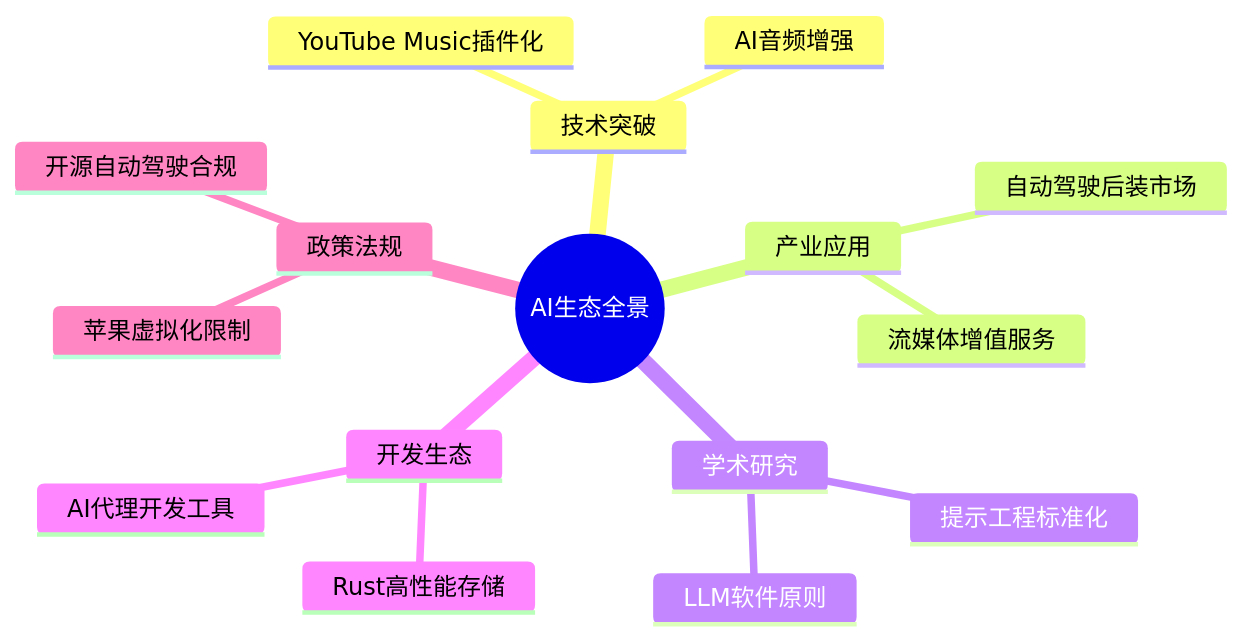
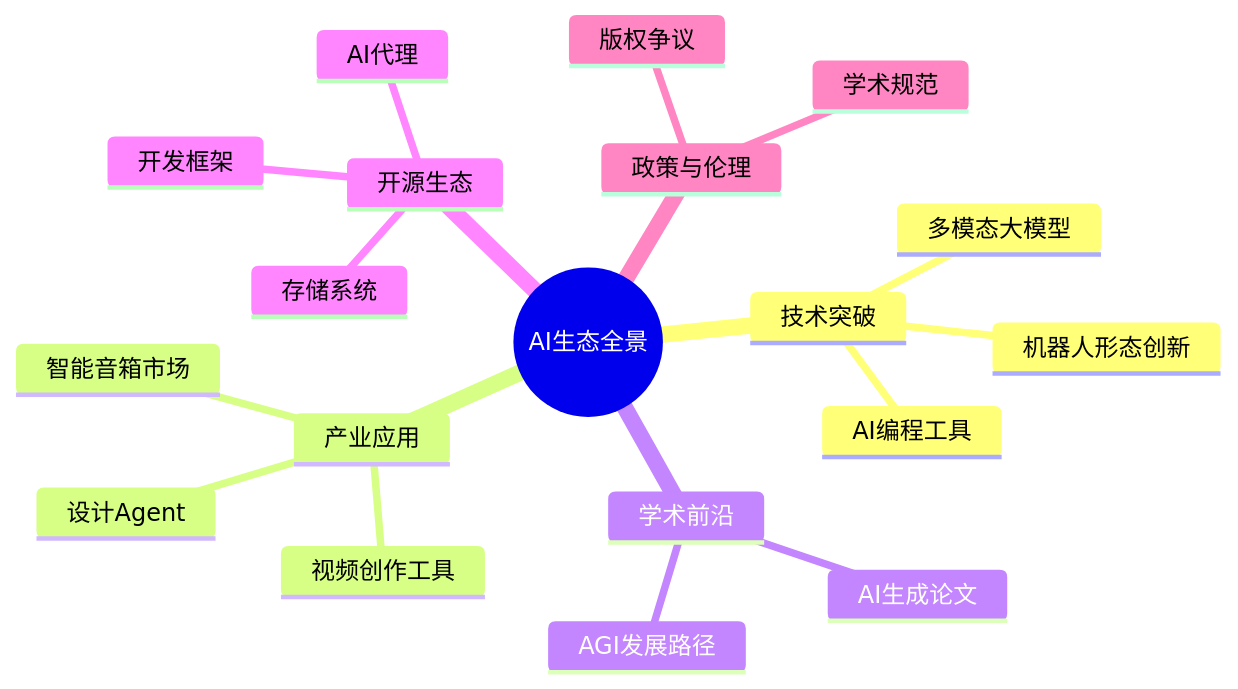
One commit to WarrenHao/AiDaily changed the first of 2 diagrams in daily/2025-07-08.md. Above: the diagram before and after it, drawn with Mermaid. The commit also changed other lines of this file, not shown here.

````diff
--- a/daily/2025-07-08.md
+++ b/daily/2025-07-08.md
@@ -9,19 +9,22 @@
 ```mermaid
 mindmap
   root((AI生态全景))
     技术突破
-      YouTube Music插件化
-      AI音频增强
+      多模态大模型
+      机器人形态创新
+      AI编程工具
     产业应用
-      流媒体增值服务
-      自动驾驶后装市场
-    学术研究
-      提示工程标准化
-      LLM软件原则
-    开发生态
-      Rust高性能存储
-      AI代理开发工具
-    政策法规
-      开源自动驾驶合规
-      苹果虚拟化限制
+      智能音箱市场
+      视频创作工具
+      设计Agent
+    学术前沿
+      AI生成论文
+      AGI发展路径
+    开源生态
+      存储系统
+      开发框架
+      AI代理
+    政策与伦理
+      学术规范
+      版权争议
 ```
````
